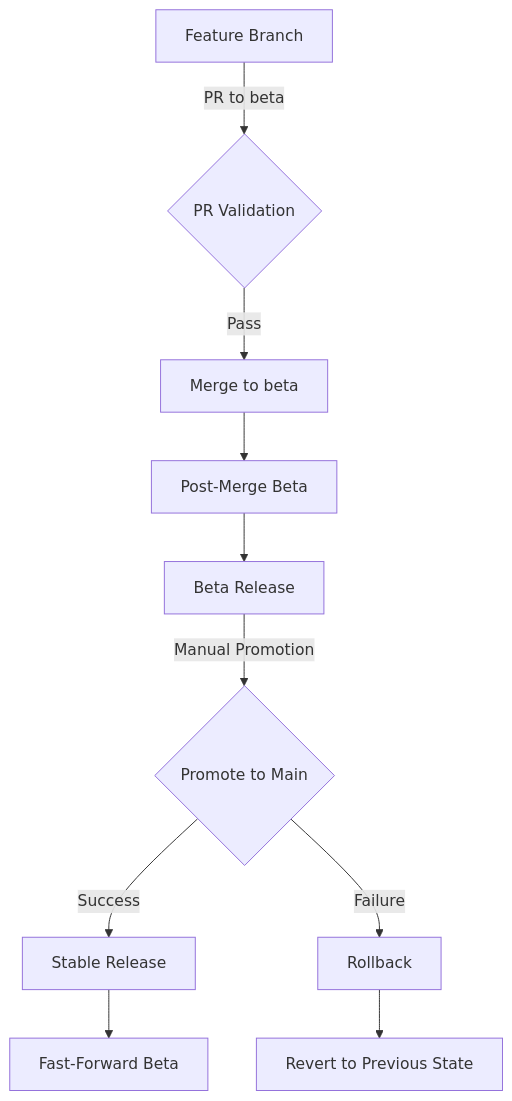
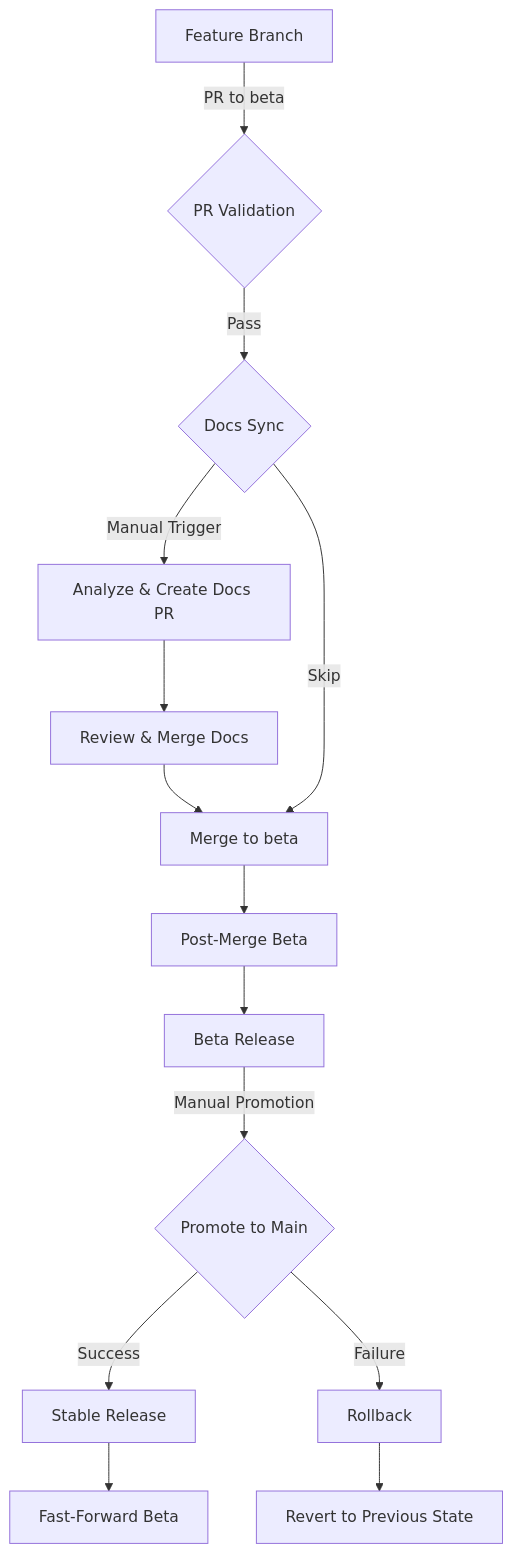
One commit to OsulivanAB/SpectrumFederation changed the first of 2 diagrams in docs/development/workflows.md. Above: the diagram before and after it, drawn with Mermaid. The commit also changed other lines of this file and 1 other file, not shown here.

Commit message:
Add documentation for pr-beta-docs-sync workflow

````diff
--- a/docs/development/workflows.md
+++ b/docs/development/workflows.md
@@ -7,12 +7,16 @@
 ```mermaid
 graph TB
     A[Feature Branch] -->|PR to beta| B{PR Validation}
-    B -->|Pass| C[Merge to beta]
-    C --> D[Post-Merge Beta]
-    D --> E[Beta Release]
-    E -->|Manual Promotion| F{Promote to Main}
-    F -->|Success| G[Stable Release]
-    F -->|Failure| H[Rollback]
-    H --> I[Revert to Previous State]
-    G --> J[Fast-Forward Beta]
+    B -->|Pass| C{Docs Sync}
+    C -->|Manual Trigger| D[Analyze & Create Docs PR]
+    D --> E[Review & Merge Docs]
+    E --> F[Merge to beta]
+    C -->|Skip| F
+    F --> G[Post-Merge Beta]
+    G --> H[Beta Release]
+    H -->|Manual Promotion| I{Promote to Main}
+    I -->|Success| J[Stable Release]
+    I -->|Failure| K[Rollback]
+    K --> L[Revert to Previous State]
+    J --> M[Fast-Forward Beta]
 ```
````
